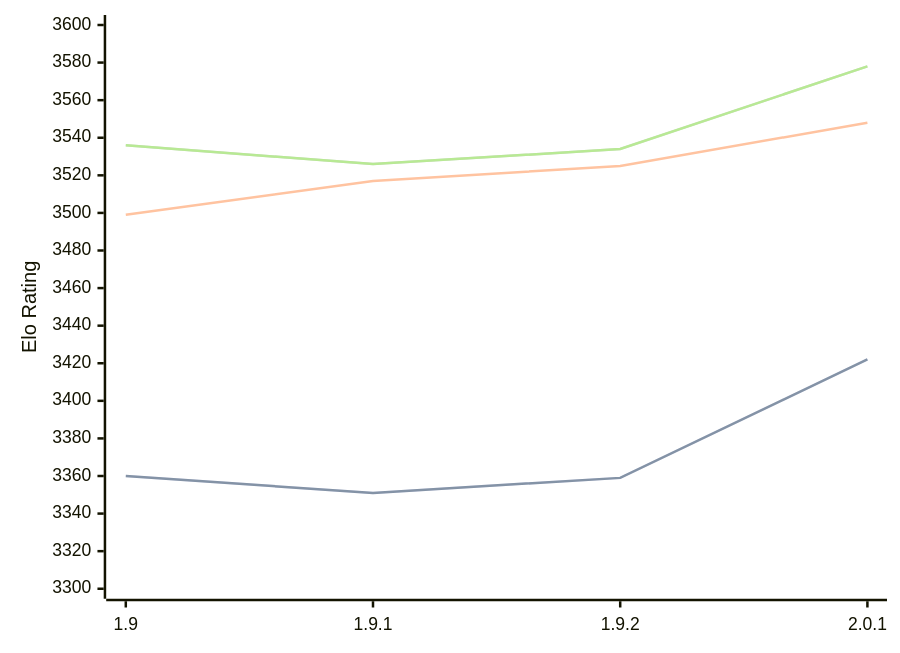
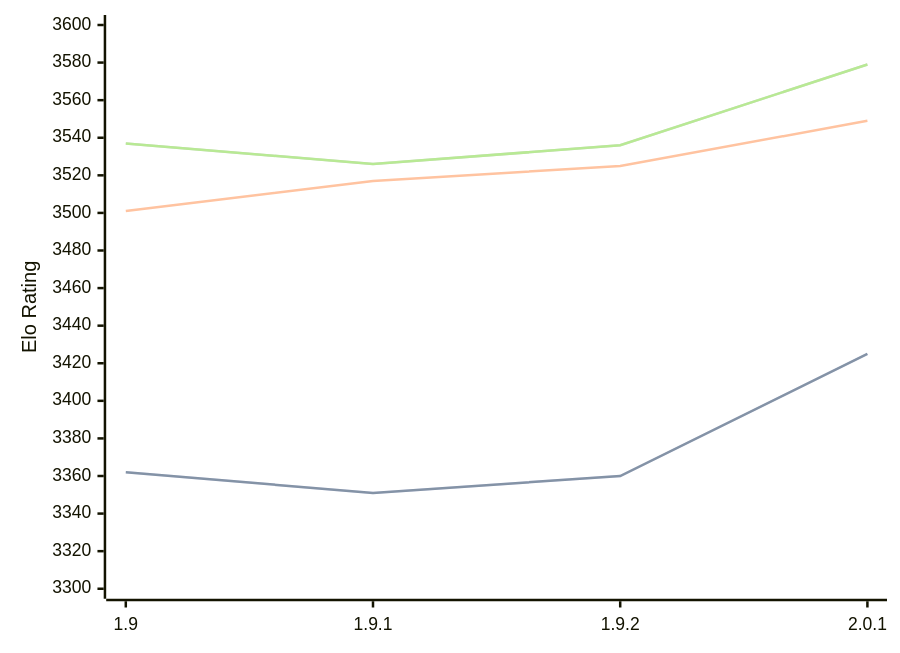
One commit to computer-chess-index/cci changed the first of 3 diagrams in engines/Pawnocchio.md. Above: the diagram before and after it, drawn with Mermaid. The commit also changed other lines of this file, not shown here.

Commit message:
Update CCI Ratings (ELO VLTC) - 2026-07-17

````diff
--- a/engines/Pawnocchio.md
+++ b/engines/Pawnocchio.md
@@ -50,11 +50,11 @@
 ```mermaid
 %%{init: {"theme":"base","themeVariables":{"seriesColors:['#a3a3a3','#222221','#faa371']}}}%%
 xychart-beta
   x-axis ["1.9", "1.9.1", "1.9.2", "2.0.1"]
   y-axis "Elo Rating" 3300 --> 3600
-  line "STC (8.0+0.08s)" [3360, 3351, 3359, 3422]
-  line "STC (8.0+0.08s)" [3360, 3351, 3359, 3422]
-  line "LTC (60.0+0.60s)" [3499, 3517, 3525, 3548]
-  line "VLTC (2m24s+1.12s)" [3536, 3526, 3534, 3578]
-  line "VLTC (2m24s+1.12s)" [3536, 3526, 3534, 3578]
+  line "STC (8.0+0.08s)" [3362, 3351, 3360, 3425]
+  line "STC (8.0+0.08s)" [3362, 3351, 3360, 3425]
+  line "LTC (60.0+0.60s)" [3501, 3517, 3525, 3549]
+  line "VLTC (2m24s+1.12s)" [3537, 3526, 3536, 3579]
+  line "VLTC (2m24s+1.12s)" [3537, 3526, 3536, 3579]
 ```
````
